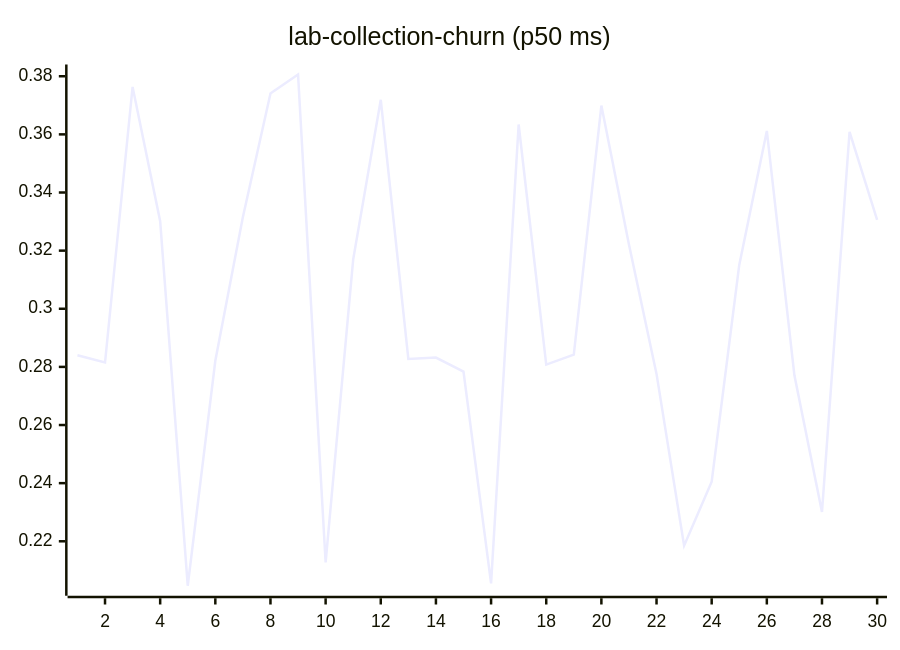
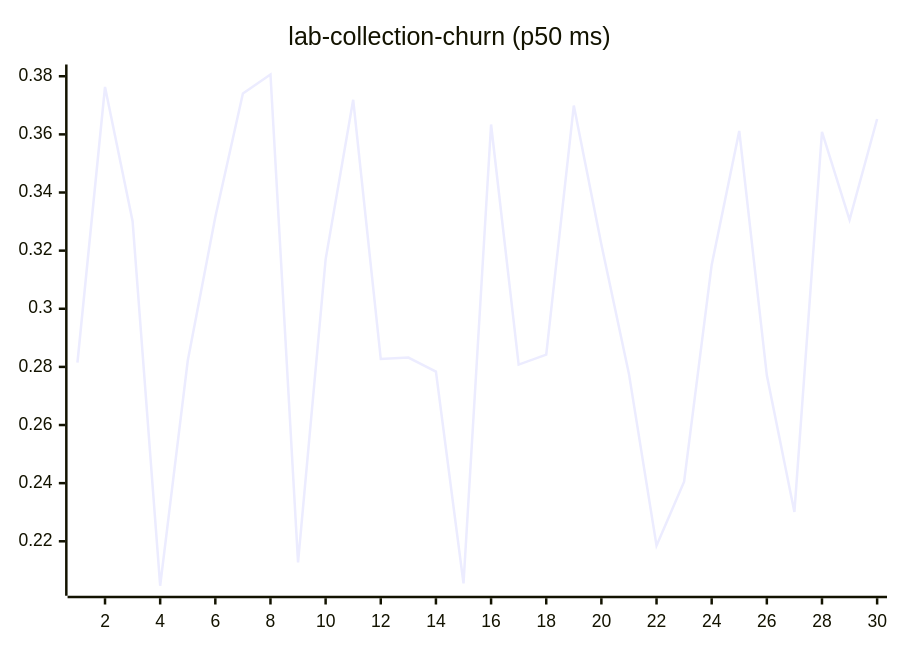
One commit to josha/Facet changed diagram 11 of 27 in README.md. Above: the diagram before and after it, drawn with Mermaid. The commit also changed other lines of this file and 2 other files, not shown here.

````diff
--- a/README.md
+++ b/README.md
@@ -133,6 +133,6 @@
 ```mermaid
 xychart-beta
     title "lab-collection-churn (p50 ms)"
     x-axis 1 --> 30
-    line [0.2840, 0.2815, 0.3763, 0.3301, 0.2047, 0.2821, 0.3316, 0.3741, 0.3806, 0.2127, 0.3170, 0.3719, 0.2827, 0.2832, 0.2784, 0.2055, 0.3634, 0.2808, 0.2842, 0.3699, 0.3221, 0.2776, 0.2185, 0.2405, 0.3151, 0.3612, 0.2771, 0.2301, 0.3609, 0.3306]
+    line [0.2815, 0.3763, 0.3301, 0.2047, 0.2821, 0.3316, 0.3741, 0.3806, 0.2127, 0.3170, 0.3719, 0.2827, 0.2832, 0.2784, 0.2055, 0.3634, 0.2808, 0.2842, 0.3699, 0.3221, 0.2776, 0.2185, 0.2405, 0.3151, 0.3612, 0.2771, 0.2301, 0.3609, 0.3306, 0.3653]
 ```
````
